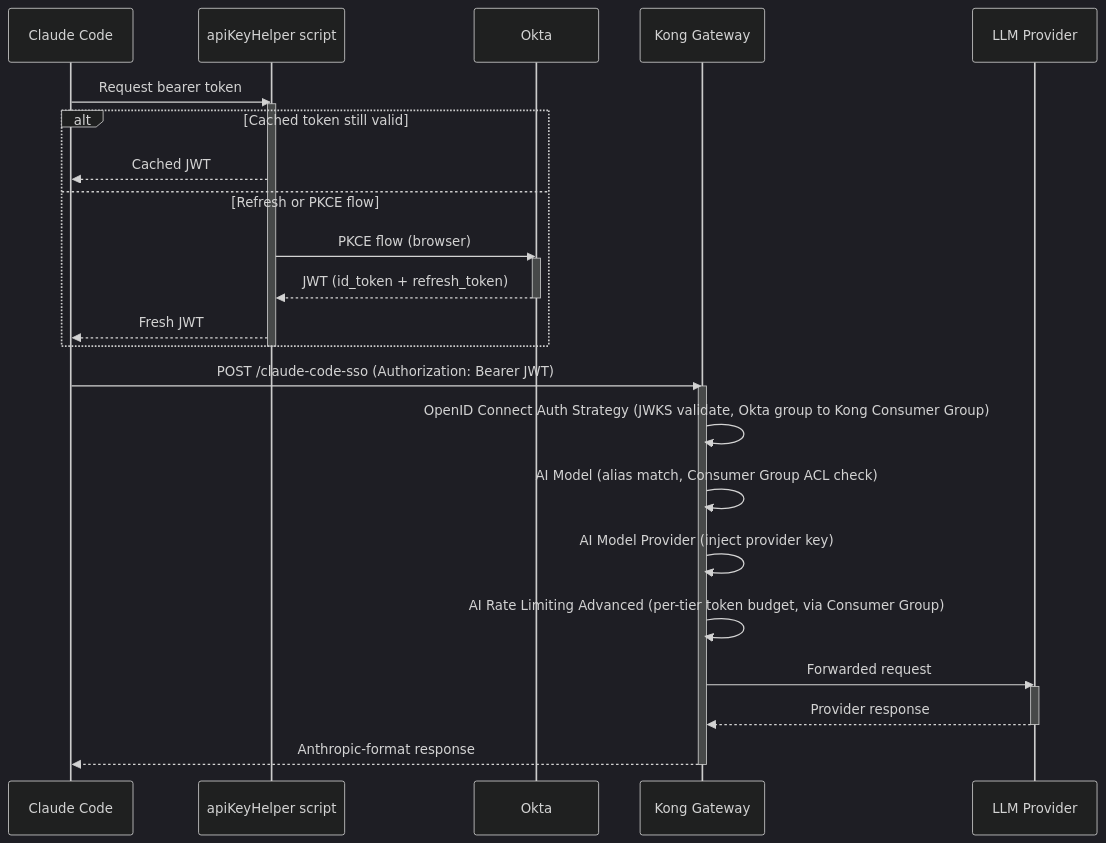
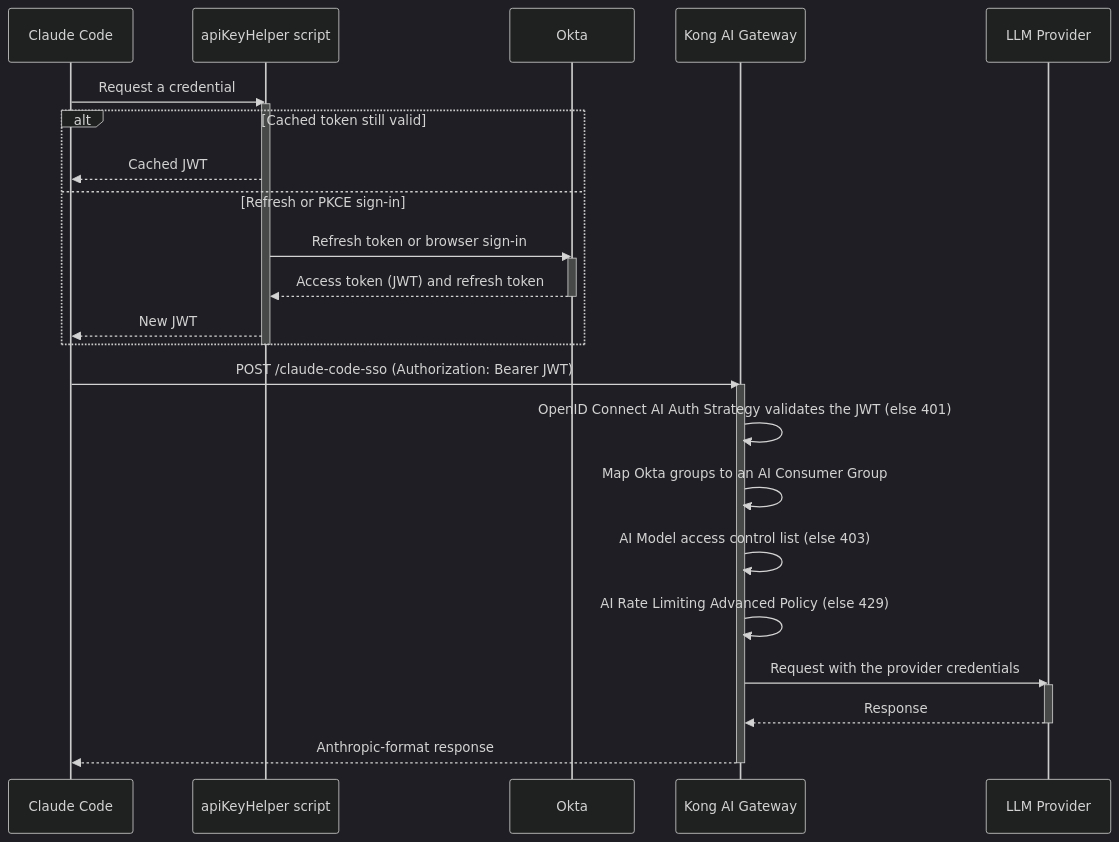
The diagram in app/_cookbooks/claude-code-sso.md (Kong/developer.konghq.com), drawn with Mermaid (dark theme) before and after one commit. The commit also changed other lines of this file and 22 other files, not shown here.

```diff
--- a/app/_cookbooks/claude-code-sso.md
+++ b/app/_cookbooks/claude-code-sso.md
@@ -539,34 +1905,34 @@
 {% mermaid %}
 sequenceDiagram
     participant CC as Claude Code
     participant H as apiKeyHelper script
     participant O as Okta
-    participant K as Kong Gateway
+    participant K as Kong AI Gateway
     participant L as LLM Provider
 
-    CC->>H: Request bearer token
+    CC->>H: Request a credential
     activate H
     alt Cached token still valid
         H-->>CC: Cached JWT
-    else Refresh or PKCE flow
-        H->>O: PKCE flow (browser)
+    else Refresh or PKCE sign-in
+        H->>O: Refresh token or browser sign-in
         activate O
-        O-->>H: JWT (id_token + refresh_token)
+        O-->>H: Access token (JWT) and refresh token
         deactivate O
-        H-->>CC: Fresh JWT
+        H-->>CC: New JWT
     end
     deactivate H
 
     CC->>K: POST /claude-code-sso (Authorization: Bearer JWT)
     activate K
-    K->>K: OpenID Connect Auth Strategy (JWKS validate, Okta group to Kong Consumer Group)
-    K->>K: AI Model (alias match, Consumer Group ACL check)
-    K->>K: AI Model Provider (inject provider key)
-    K->>K: AI Rate Limiting Advanced (per-tier token budget, via Consumer Group)
-    K->>L: Forwarded request
+    K->>K: OpenID Connect AI Auth Strategy validates the JWT (else 401)
+    K->>K: Map Okta groups to an AI Consumer Group
+    K->>K: AI Model access control list (else 403)
+    K->>K: AI Rate Limiting Advanced Policy (else 429)
+    K->>L: Request with the provider credentials
     activate L
-    L-->>K: Provider response
+    L-->>K: Response
     deactivate L
     K-->>CC: Anthropic-format response
     deactivate K
 {% endmermaid %}
```
